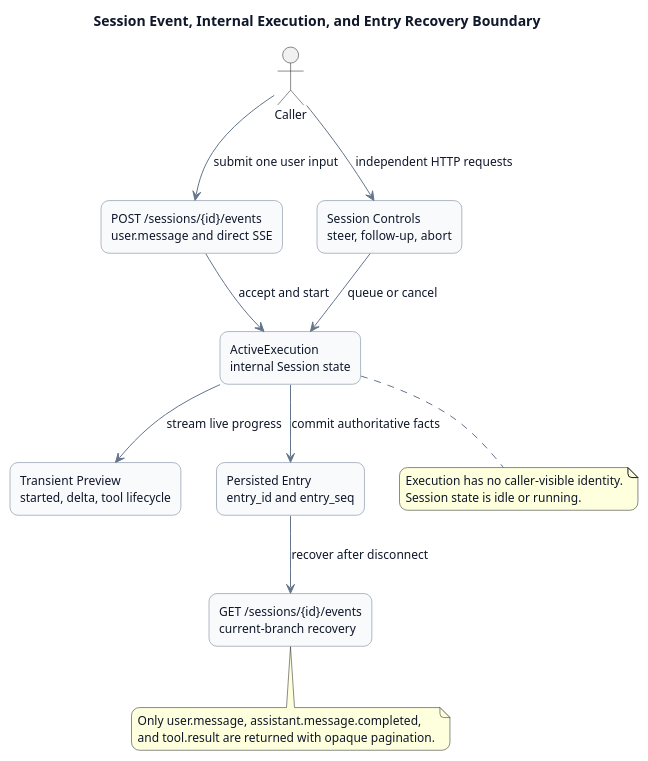
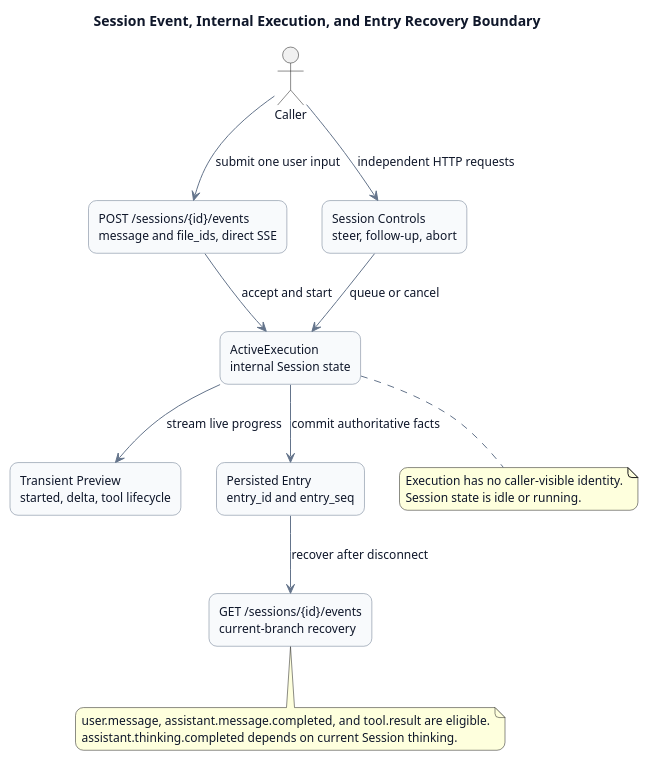
The second of 2 diagrams in pi-mono-java-manager-driven-multi-agent-runtime/diagrams/execution-control/diagram.puml (ssm0808/pi-mono-java-design), drawn with PlantUML before and after one commit. The commit also changed other lines of this file and 33 other files, not shown here.

```diff
--- a/pi-mono-java-manager-driven-multi-agent-runtime/diagrams/execution-control/diagram.puml
+++ b/pi-mono-java-manager-driven-multi-agent-runtime/diagrams/execution-control/diagram.puml
@@ -114,52 +114,52 @@
 @startuml http_execution_resource_model
 title Session Event, Internal Execution, and Entry Recovery Boundary
 
 ' Source evidence verified on 2026-08-17:
 ' https://platform.claude.com/docs/en/managed-agents/events-and-streaming
 ' https://platform.claude.com/docs/en/managed-agents/sessions
 ' pi-mono packages/coding-agent/src/core/session-manager.ts, getBranch and appendMessage
 ' pi-mono-java commit 8691e8800f05f28afe22499050c29220ef5b7475,
 ' modules/coding-agent-cli/src/main/java/com/campusclaw/codingagent/runtimeapi/event/RuntimeEventService.java
 ' Observed behavior: both pi baselines rebuild conversation context from messages and entries.
 ' Observed behavior: CampusClaw exposes Session Events and keeps execution identity internal.
 ' Design reason: one public recovery model avoids duplicated lifecycle and cursor semantics.
 
 skinparam backgroundColor #FFFFFF
 skinparam shadowing false
 skinparam roundcorner 16
 skinparam defaultFontName Arial
 skinparam defaultFontSize 12
 skinparam defaultFontColor #0F172A
 skinparam ArrowColor #64748B
 skinparam rectangle {
   BorderColor #64748B
   BackgroundColor #F8FAFC
   FontColor #0F172A
 }
 
 actor Caller
-rectangle "POST /sessions/{id}/events\nuser.message and direct SSE" as SendEvent
+rectangle "POST /sessions/{id}/events\nmessage and file_ids, direct SSE" as SendEvent
 rectangle "ActiveExecution\ninternal Session state" as Execution
 rectangle "Transient Preview\nstarted, delta, tool lifecycle" as Preview
 rectangle "Persisted Entry\nentry_id and entry_seq" as Entry
 rectangle "GET /sessions/{id}/events\ncurrent-branch recovery" as GetEvents
 rectangle "Session Controls\nsteer, follow-up, abort" as Controls
 
 Caller --> SendEvent : submit one user input
 SendEvent --> Execution : accept and start
 Execution --> Preview : stream live progress
 Execution --> Entry : commit authoritative facts
 Entry --> GetEvents : recover after disconnect
 Caller --> Controls : independent HTTP requests
 Controls --> Execution : queue or cancel
 
 note bottom of Execution
 Execution has no caller-visible identity.
 Session state is idle or running.
 end note
 
 note bottom of GetEvents
-Only user.message, assistant.message.completed,
-and tool.result are returned with opaque pagination.
+user.message, assistant.message.completed, and tool.result are eligible.
+assistant.thinking.completed depends on current Session thinking.
 end note
 @enduml
```
